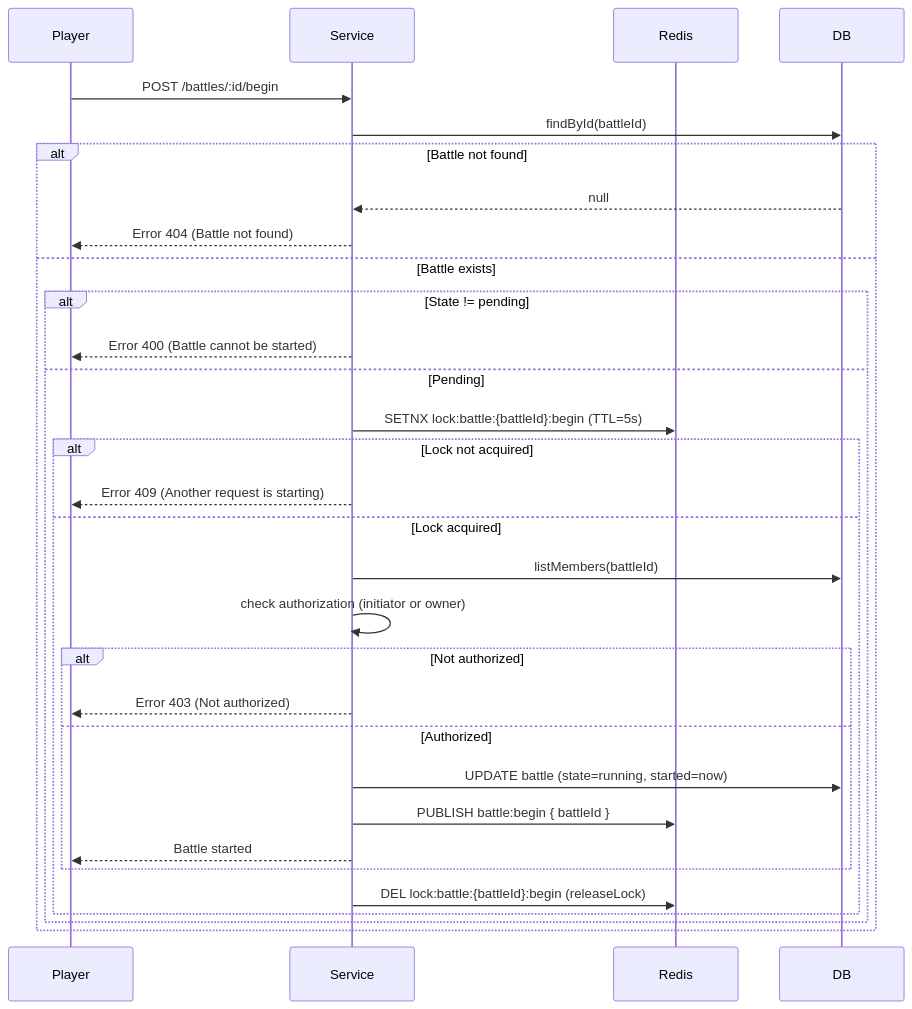
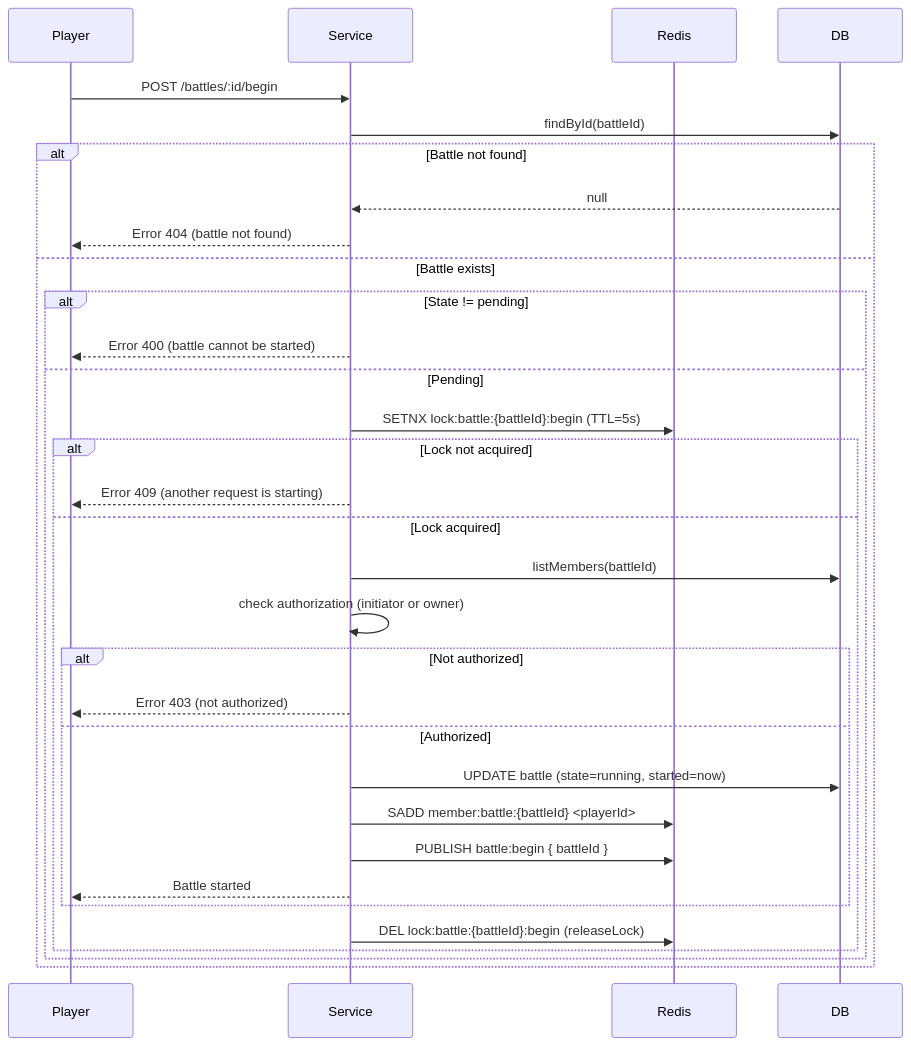
Before and after one commit to akulnurislam/social-game: the fourth of 5 diagrams in README.md, drawn with Mermaid. The commit also changed other lines of this file and 2 other files, not shown here.

Commit message:
readme and architecture

````diff
--- a/README.md
+++ b/README.md
@@ -265,34 +300,35 @@
    ```mermaid
    sequenceDiagram
        participant Player
        participant Service
        participant Redis
        participant DB
 
        Player->>Service: POST /battles/:id/begin
        Service->>DB: findById(battleId)
        alt Battle not found
            DB-->>Service: null
-           Service-->>Player: Error 404 (Battle not found)
+           Service-->>Player: Error 404 (battle not found)
        else Battle exists
            alt State != pending
-               Service-->>Player: Error 400 (Battle cannot be started)
+               Service-->>Player: Error 400 (battle cannot be started)
            else Pending
                Service->>Redis: SETNX lock:battle:{battleId}:begin (TTL=5s)
                alt Lock not acquired
-                   Service-->>Player: Error 409 (Another request is starting)
+                   Service-->>Player: Error 409 (another request is starting)
                else Lock acquired
                    Service->>DB: listMembers(battleId)
                    Service->>Service: check authorization (initiator or owner)
                    alt Not authorized
-                       Service-->>Player: Error 403 (Not authorized)
+                       Service-->>Player: Error 403 (not authorized)
                    else Authorized
                        Service->>DB: UPDATE battle (state=running, started=now)
+                       Service->>Redis: SADD member:battle:{battleId} <playerId>
                        Service->>Redis: PUBLISH battle:begin { battleId }
                        Service-->>Player: Battle started
                    end
                    Service->>Redis: DEL lock:battle:{battleId}:begin (releaseLock)
                end
            end
        end
    ```
````
